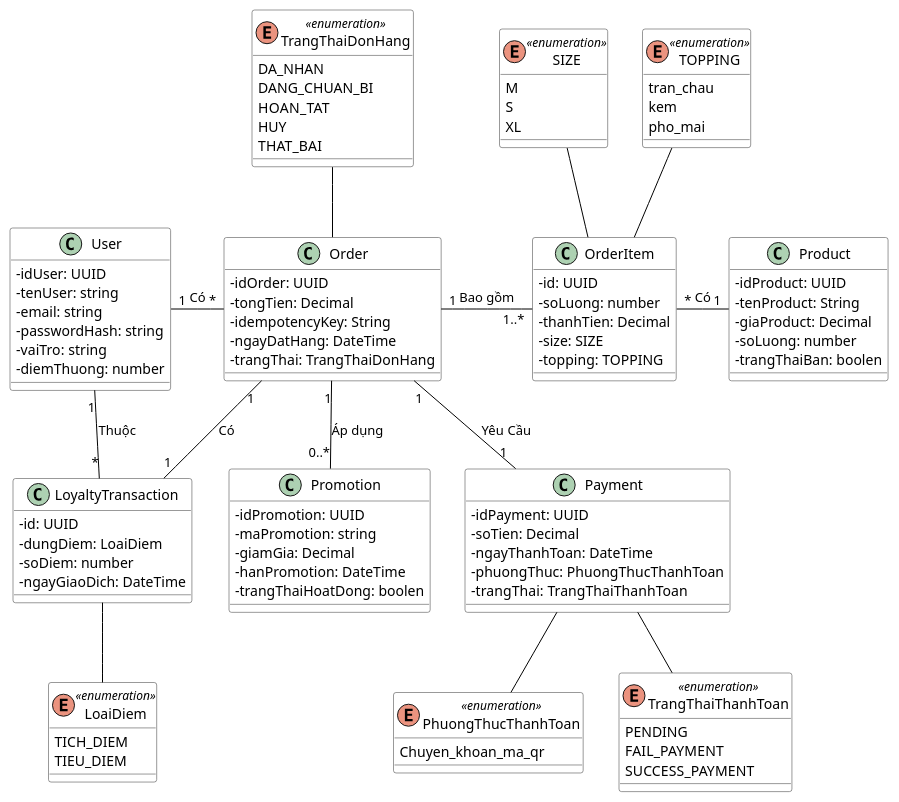
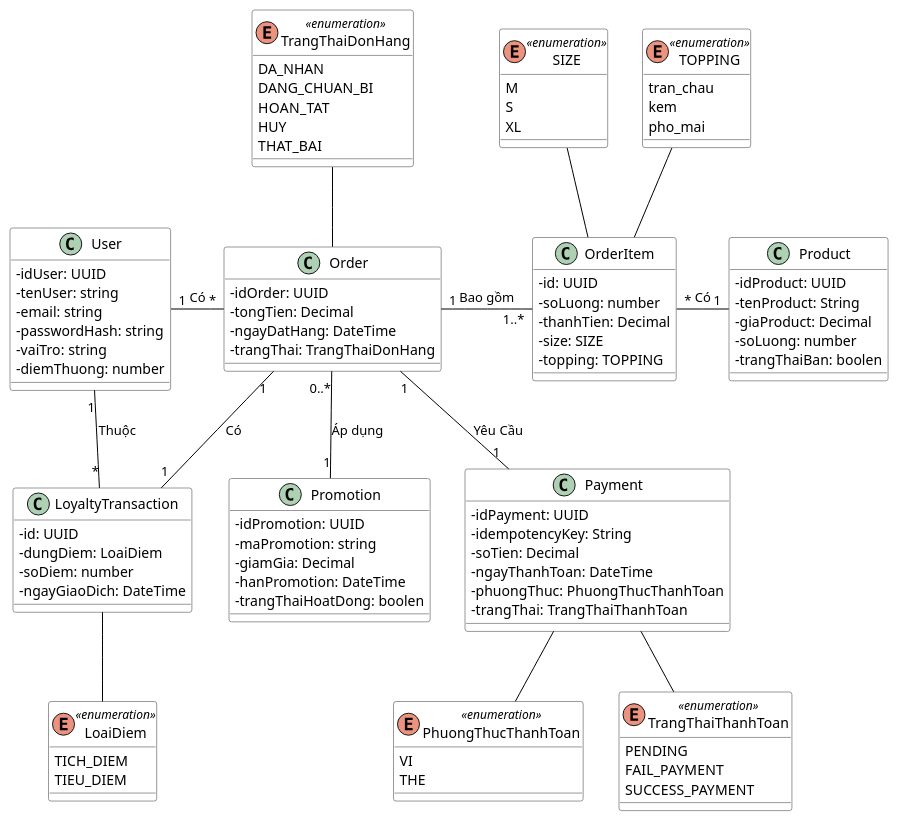
One commit to nvthuan06/brewlite changed the diagram in docs/diagrams/class_diagram/class_diagram.puml. Above: the diagram before and after it, drawn with PlantUML. The commit also changed 24 other files, not shown here.

```diff
--- a/docs/diagrams/class_diagram/class_diagram.puml
+++ b/docs/diagrams/class_diagram/class_diagram.puml
@@ -1,121 +1,122 @@
 @startuml
 skinparam classAttributeIconSize 0
 skinparam roundcorner 5
 skinparam class {
     BackgroundColor White
     ArrowColor Black
     BorderColor #333333
 }
 
 ' ================= ENUMS =================
 enum TrangThaiDonHang <<enumeration>> {
     DA_NHAN
     DANG_CHUAN_BI
     HOAN_TAT
     HUY
     THAT_BAI
 }
 
 enum SIZE <<enumeration>> {
     M
     S
     XL
 }
 
 enum TOPPING <<enumeration>> {
     tran_chau
     kem
     pho_mai
 }
 
 enum LoaiDiem <<enumeration>> {
     TICH_DIEM
     TIEU_DIEM
 }
 
 enum TrangThaiThanhToan <<enumeration>> {
     PENDING
     FAIL_PAYMENT
     SUCCESS_PAYMENT
 }
 
 enum PhuongThucThanhToan <<enumeration>> {
-    Chuyen_khoan_ma_qr
+    VI
+    THE
 }
 
 ' ================= CLASSES =================
 class User {
     - idUser: UUID
     - tenUser: string
     - email: string
     - passwordHash: string
     - vaiTro: string
     - diemThuong: number
 }
 
 class Order {
     - idOrder: UUID
     - tongTien: Decimal
-    - idempotencyKey: String
     - ngayDatHang: DateTime
     - trangThai: TrangThaiDonHang
 }
 
 class OrderItem {
     - id: UUID
     - soLuong: number
     - thanhTien: Decimal
     - size: SIZE
     - topping: TOPPING
 }
 
 class Product {
     - idProduct: UUID
     - tenProduct: String
     - giaProduct: Decimal
     - soLuong: number
     - trangThaiBan: boolen
 }
 
 class LoyaltyTransaction {
     - id: UUID
     - dungDiem: LoaiDiem
     - soDiem: number
     - ngayGiaoDich: DateTime
 }
 
 class Payment {
     - idPayment: UUID
+    - idempotencyKey: String
     - soTien: Decimal
     - ngayThanhToan: DateTime
     - phuongThuc: PhuongThucThanhToan
     - trangThai: TrangThaiThanhToan
 }
 
 class Promotion {
     - idPromotion: UUID
     - maPromotion: string
     - giamGia: Decimal
     - hanPromotion: DateTime
     - trangThaiHoatDong: boolen
 }
 
 ' ================= RELATIONSHIPS =================
 User "1" -right- "*" Order : Có
 Order "1" -right- "1..*" OrderItem : Bao gồm
 OrderItem "*" -right- "1" Product : Có
 
 User "1" -down- "*" LoyaltyTransaction : Thuộc
 Order "1" -down- "1" LoyaltyTransaction : Có
 
 Order "1" -down- "1" Payment : Yêu Cầu
-Order "1" -down- "0..*" Promotion : Áp dụng 
+Order "0..*" -down- "1" Promotion : Áp dụng 
 
 ' ================= LIÊN KẾT ENUM =================
 Order -up- TrangThaiDonHang
 OrderItem -up- SIZE
 OrderItem -up- TOPPING
 LoyaltyTransaction -down- LoaiDiem
 Payment -down- TrangThaiThanhToan
 Payment -down- PhuongThucThanhToan
 @enduml
```
